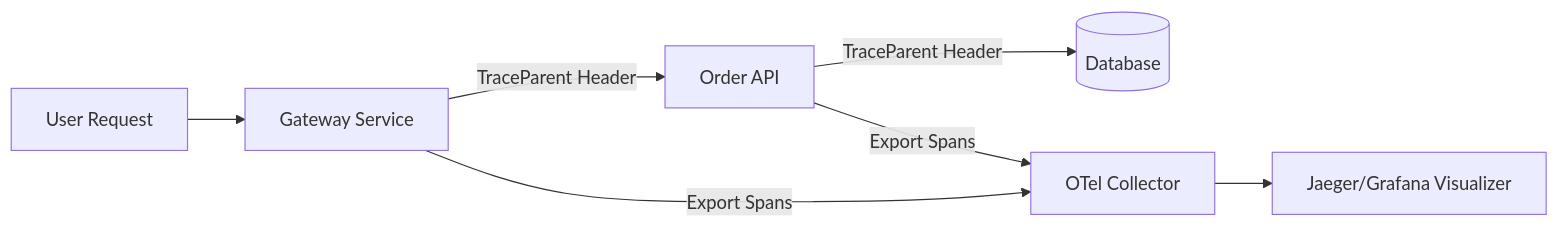
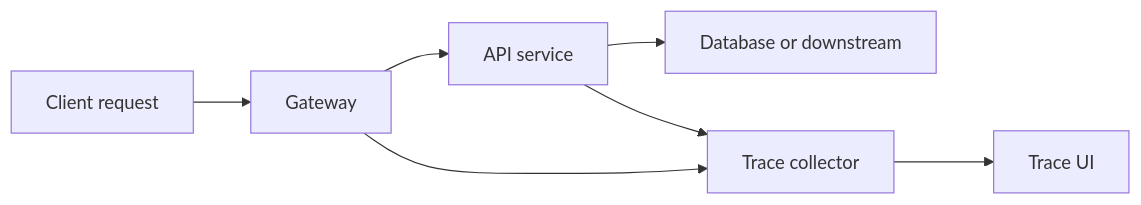
Before and after one commit to syahputrawork98-sketch/Golang-Knowledge-Base: the diagram in RAK-03-evolution/SR-04-observability/BK-02-tracing/CH-03-otel-intro/README.md, drawn with Mermaid. The commit also changed other lines of this file and 61 other files, not shown here.

````diff
--- a/RAK-03-evolution/SR-04-observability/BK-02-tracing/CH-03-otel-intro/README.md
+++ b/RAK-03-evolution/SR-04-observability/BK-02-tracing/CH-03-otel-intro/README.md
@@ -39,9 +35,9 @@
 ```mermaid
 graph LR
-    User[User Request] --> GW[Gateway Service]
-    GW -- TraceParent Header --> API[Order API]
-    API -- TraceParent Header --> DB[(Database)]
-    
-    GW & API -- Export Spans --> Collector[OTel Collector]
-    Collector --> UI[Jaeger/Grafana Visualizer]
+    Client[Client request] --> Gateway[Gateway]
+    Gateway --> API[API service]
+    API --> DB[Database or downstream]
+    Gateway --> Collector[Trace collector]
+    API --> Collector
+    Collector --> UI[Trace UI]
 ```
````
